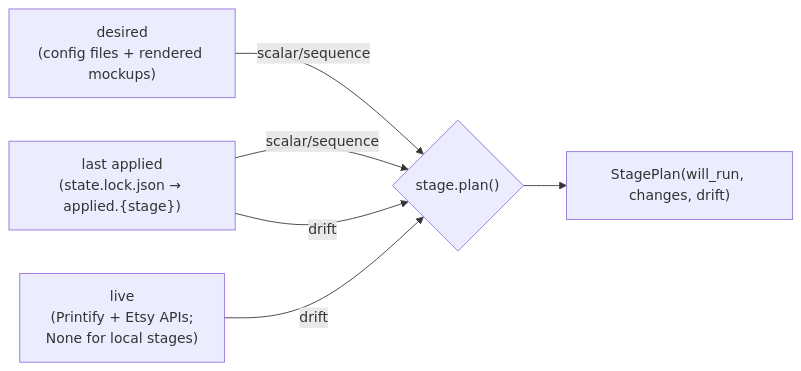
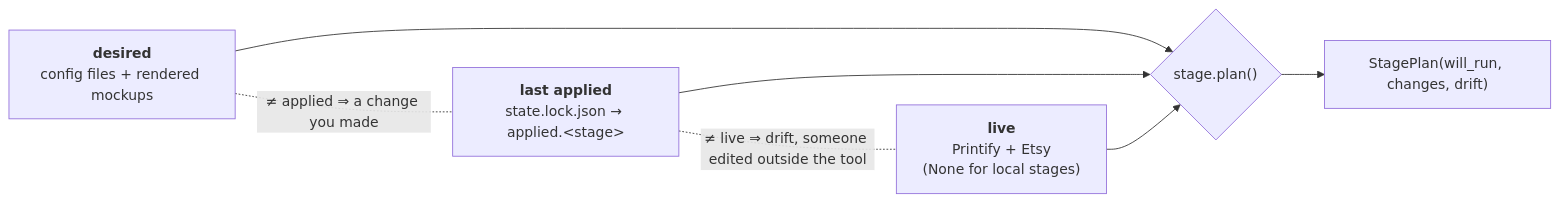
Before and after one commit to eli-jordan/etsy-listing-automation: the third of 5 diagrams in docs/architecture.md, drawn with Mermaid. The commit also changed other lines of this file, not shown here.

First line of the commit message:
docs: rewrite the architecture diagram around coarse-grained modules

````diff
--- a/docs/architecture.md
+++ b/docs/architecture.md
@@ -125,8 +126,10 @@
 ```mermaid
 graph LR
-    Desired["desired\n(config files + rendered mockups)"] -->|scalar/sequence| Diff{"stage.plan()"}
-    Applied["last applied\n(state.lock.json → applied.{stage})"] -->|scalar/sequence| Diff
-    Applied -->|drift| Diff
-    Live["live\n(Printify + Etsy APIs;\nNone for local stages)"] -->|drift| Diff
-    Diff --> StagePlan["StagePlan(will_run, changes, drift)"]
+    D["<b>desired</b><br/>config files + rendered mockups"] --> Diff{"stage.plan()"}
+    A["<b>last applied</b><br/>state.lock.json → applied.&lt;stage&gt;"] --> Diff
+    L["<b>live</b><br/>Printify + Etsy<br/>(None for local stages)"] --> Diff
+    Diff --> SP["StagePlan(will_run, changes, drift)"]
+
+    D -. "≠ applied ⇒ a change you made" .- A
+    A -. "≠ live ⇒ drift, someone edited outside the tool" .- L
 ```
````
